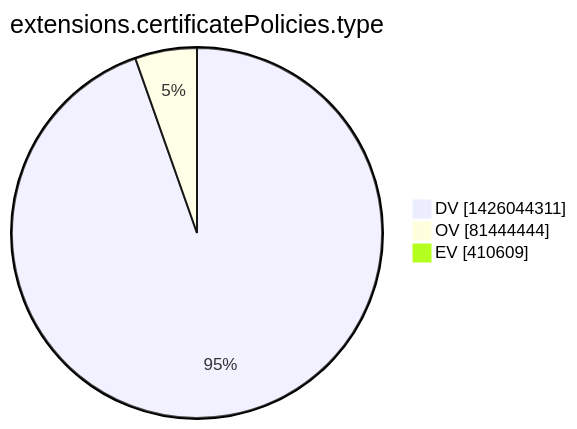
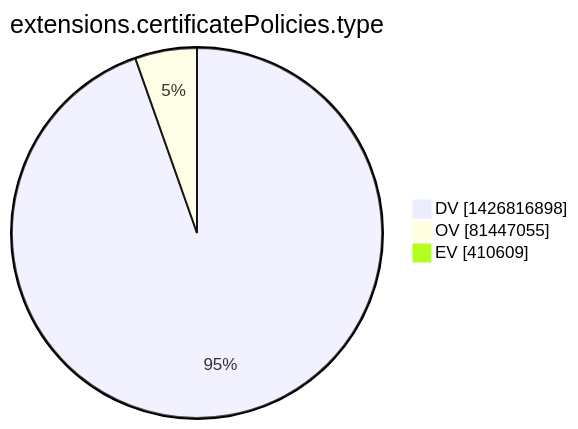
The tenth of 15 diagrams in xenon2022/README.md (christiankrug/ctmonitor_visualization), drawn with Mermaid before and after one commit. The commit also changed other lines of this file, not shown here.

````diff
--- a/xenon2022/README.md
+++ b/xenon2022/README.md
@@ -2867,7 +2867,7 @@
 ```mermaid
 pie showData
 title extensions.certificatePolicies.type
-"DV" :1426044311
-"OV" :81444444
+"DV" :1426816898
+"OV" :81447055
 "EV" :410609
 ```
````
